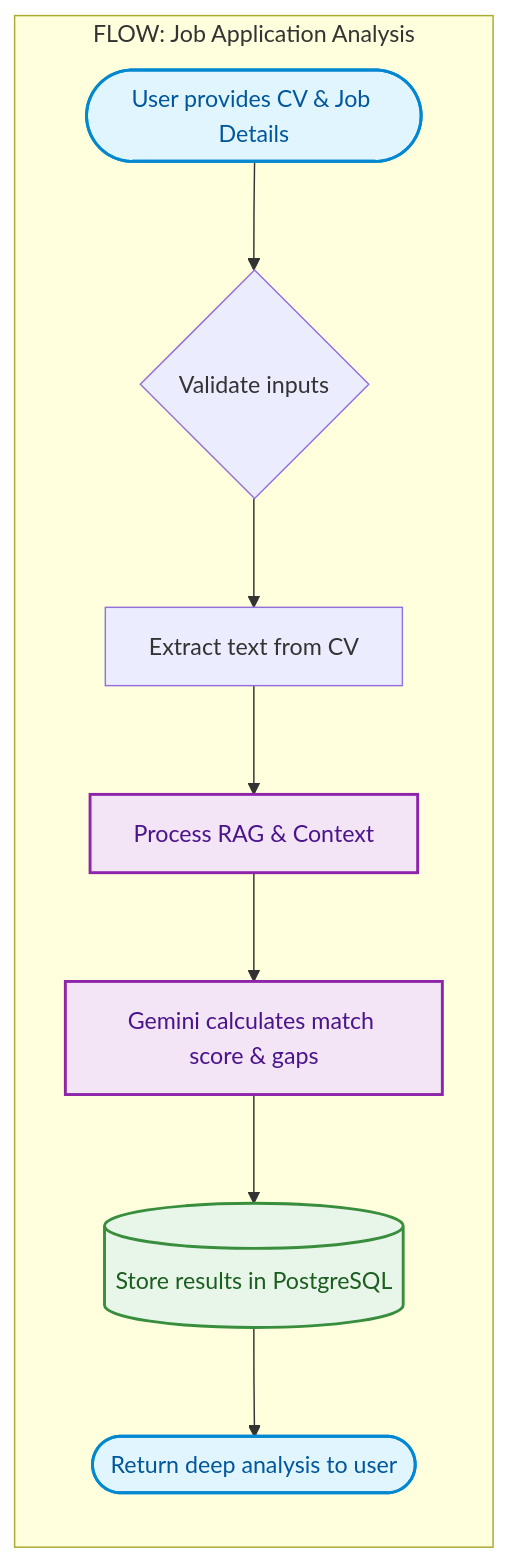
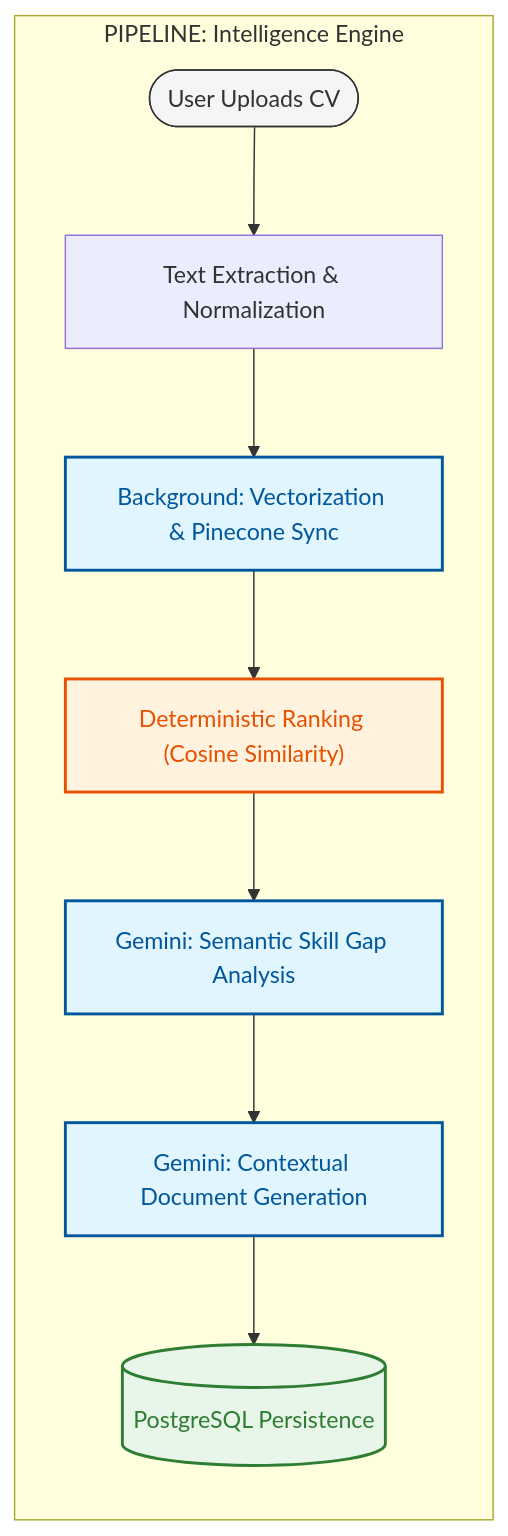
Before and after one commit to muhammaduzair30/AI-Job-Application-Agent_Backend: the diagram in README.md, drawn with Mermaid. The commit also changed other lines of this file, not shown here.

Commit message:
docs: update README with architectural details, vector-based pipeline features, and revised deployment instructions

````diff
--- a/README.md
+++ b/README.md
@@ -23,20 +22,21 @@
 ```mermaid
 flowchart TD
     %% Define styles
-    classDef userAction fill:#e1f5fe,stroke:#0288d1,stroke-width:2px,color:#01579b
-    classDef aiStep fill:#f3e5f5,stroke:#8e24aa,stroke-width:2px,color:#4a148c
-    classDef dbStep fill:#e8f5e9,stroke:#388e3c,stroke-width:2px,color:#1b5e20
+    classDef userAction fill:#f5f5f5,stroke:#333,stroke-width:1px,color:#333
+    classDef aiStep fill:#e1f5fe,stroke:#01579b,stroke-width:2px,color:#01579b
+    classDef logicStep fill:#fff3e0,stroke:#e65100,stroke-width:2px,color:#e65100
+    classDef dbStep fill:#e8f5e9,stroke:#2e7d32,stroke-width:2px,color:#2e7d32
 
-    subgraph ApplicationFlow ["FLOW: Job Application Analysis"]
+    subgraph Pipeline ["PIPELINE: Intelligence Engine"]
         direction TB
-        U1(["User provides CV & Job Details"]):::userAction
-        U2{"Validate inputs"}
-        U3["Extract text from CV"]
-        U4["Process RAG & Context"]:::aiStep
-        U5["Gemini calculates match score & gaps"]:::aiStep
-        U6[("Store results in PostgreSQL")]:::dbStep
-        U7(["Return deep analysis to user"]):::userAction
+        U1(["User Uploads CV"]):::userAction
+        U2["Text Extraction & Normalization"]
+        U3["Background: Vectorization & Pinecone Sync"]:::aiStep
+        U4["Deterministic Ranking (Cosine Similarity)"]:::logicStep
+        U5["Gemini: Semantic Skill Gap Analysis"]:::aiStep
+        U6["Gemini: Contextual Document Generation"]:::aiStep
+        U7[("PostgreSQL Persistence")]:::dbStep
         
         U1 --> U2 --> U3 --> U4 --> U5 --> U6 --> U7
     end
 ```
````
